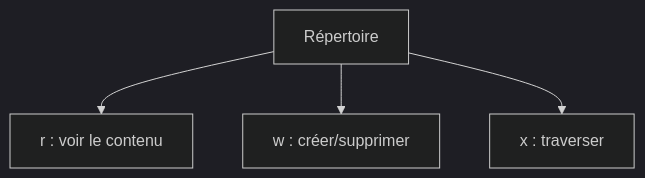
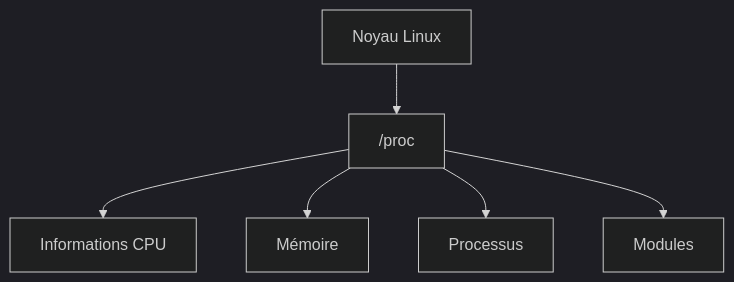
Before and after one commit to tdelaclos/formations: the seventh of 15 diagrams in campagne 1/1.6.md, drawn with Mermaid (dark theme). The commit also changed other lines of this file, not shown here.

````diff
--- a/campagne 1/1.6.md
+++ b/campagne 1/1.6.md
@@ -401,11 +519,15 @@
 ```mermaid
 flowchart TD
 
-A["Répertoire"]
+A["Noyau Linux"]
 
-A --> B["r : voir le contenu"]
+A --> B["/proc"]
 
-A --> C["w : créer/supprimer"]
+B --> C["Informations CPU"]
 
-A --> D["x : traverser"]
+B --> D["Mémoire"]
+
+B --> E["Processus"]
+
+B --> F["Modules"]
 ```
````
